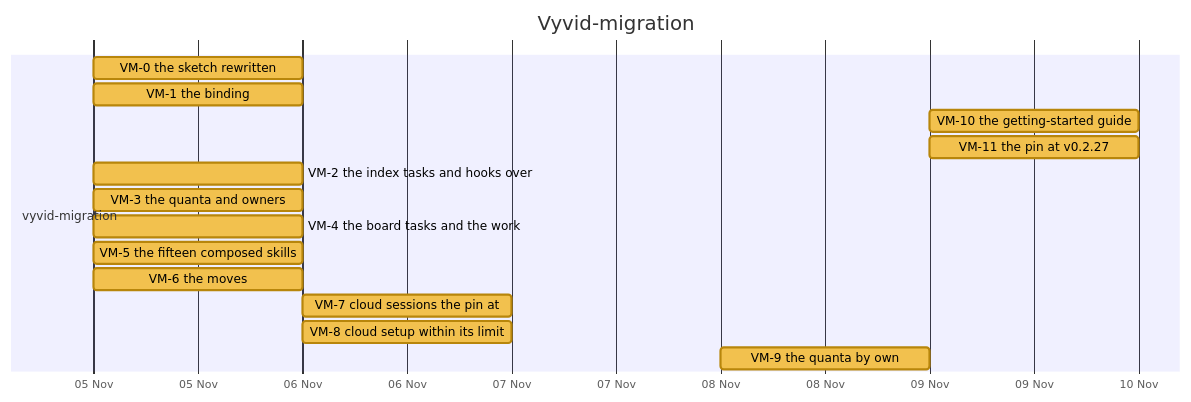
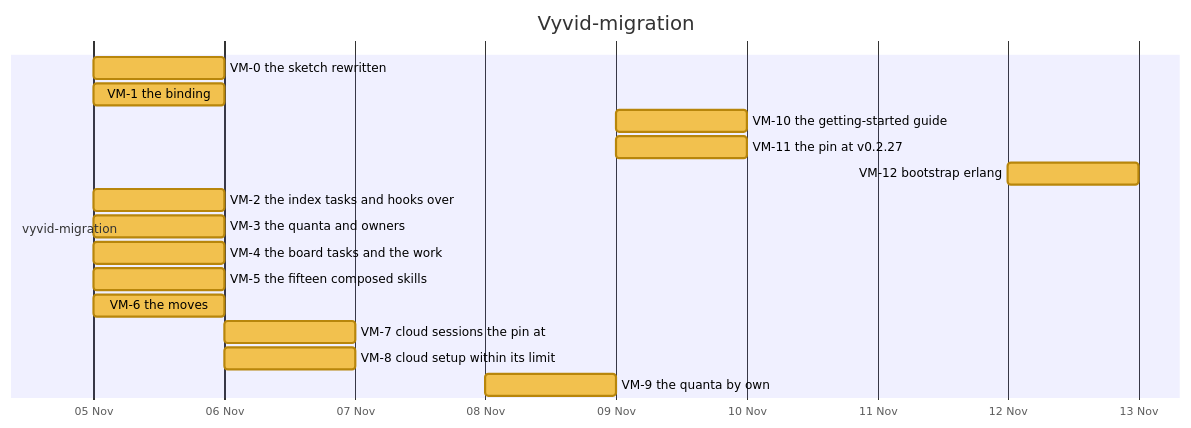
One commit to nebularis/lattice changed diagram 17 of 31 in docs/developer/ROADMAP.md. Above: the diagram before and after it, drawn with Mermaid. The commit also changed other lines of this file and 5 other files, not shown here.

````diff
--- a/docs/developer/ROADMAP.md
+++ b/docs/developer/ROADMAP.md
@@ -480,20 +481,21 @@
 ```mermaid
 %%{init: {"themeVariables": {"taskBkgColor": "#f2c14e", "taskBorderColor": "#b8860b", "taskTextColor": "#000000", "activeTaskBkgColor": "#4e9af1", "activeTaskBorderColor": "#1f5fbf", "activeTaskBorderColor": "#1f5fbf", "doneTaskBkgColor": "#8fcf8f", "doneTaskBorderColor": "#2f7d32", "critBkgColor": "#f28b82", "critBorderColor": "#b23a30", "taskTextDarkColor": "#000000", "taskTextLightColor": "#000000"}}}%%
 gantt
     title Vyvid-migration
     dateFormat YYYY-MM-DD
     axisFormat %d %b
     section vyvid-migration
     VM-0 the sketch rewritten :vm0, 2026-11-05, 2026-11-06
     VM-1 the binding :vm1, 2026-11-05, 2026-11-06
     VM-10 the getting-started guide :vm10, 2026-11-09, 2026-11-10
     VM-11 the pin at v0.2.27 :vm11, 2026-11-09, 2026-11-10
+    VM-12 bootstrap erlang :vm12, 2026-11-12, 2026-11-13
     VM-2 the index tasks and hooks over :vm2, 2026-11-05, 2026-11-06
     VM-3 the quanta and owners :vm3, 2026-11-05, 2026-11-06
     VM-4 the board tasks and the work :vm4, 2026-11-05, 2026-11-06
     VM-5 the fifteen composed skills :vm5, 2026-11-05, 2026-11-06
     VM-6 the moves :vm6, 2026-11-05, 2026-11-06
     VM-7 cloud sessions the pin at :vm7, 2026-11-06, 2026-11-07
     VM-8 cloud setup within its limit :vm8, 2026-11-06, 2026-11-07
     VM-9 the quanta by own :vm9, 2026-11-08, 2026-11-09
 ```
````
